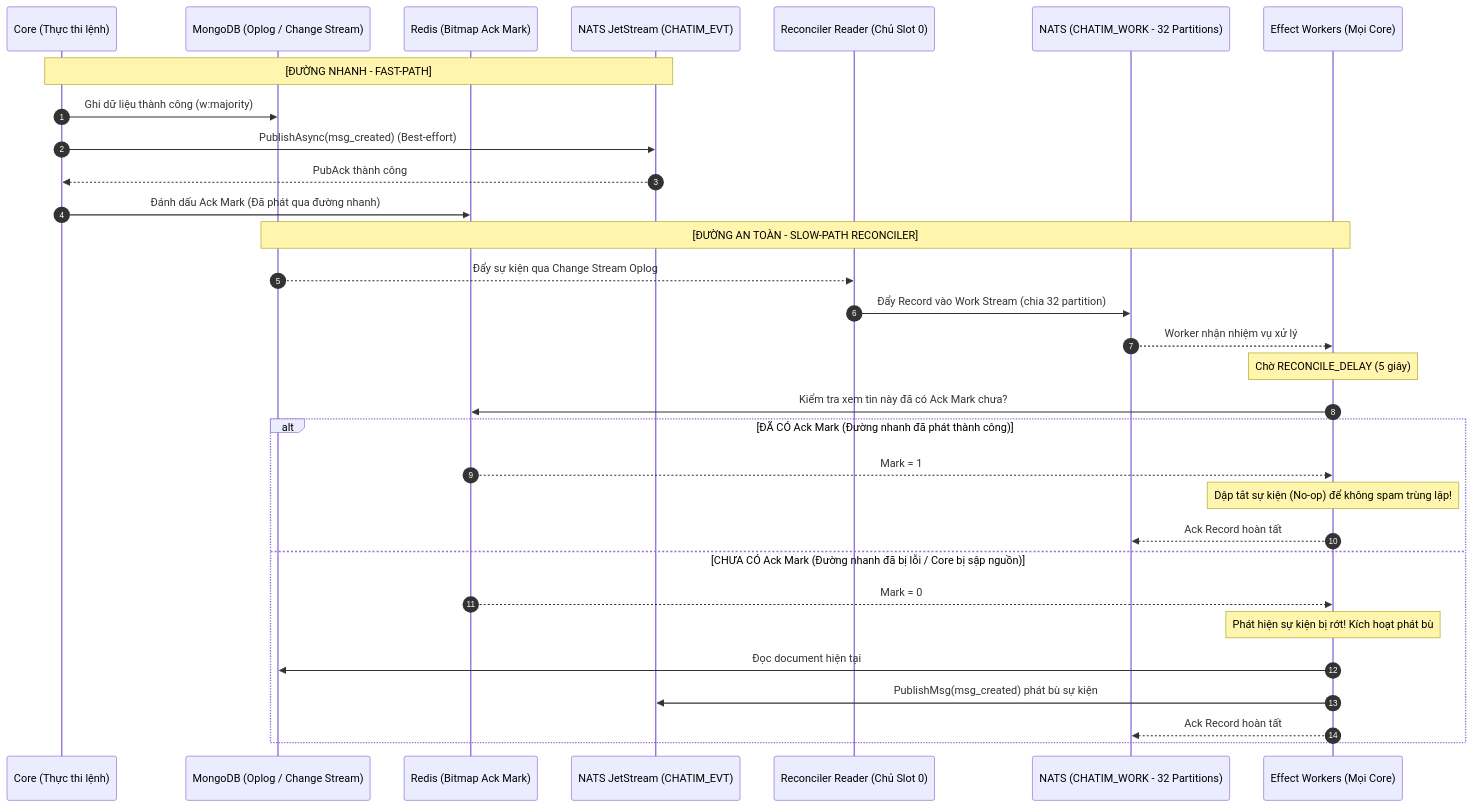
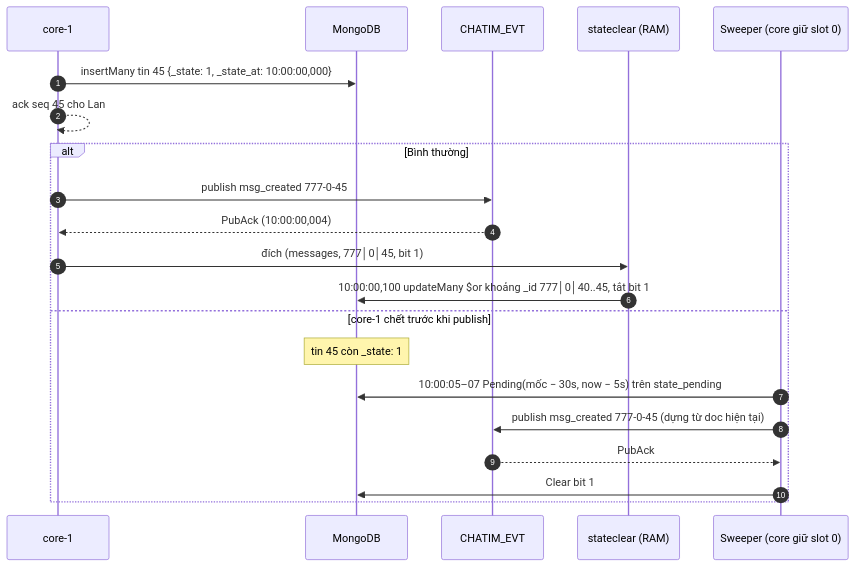
One commit to ivannguyendev/chatim changed the second of 2 diagrams in docs/modules/10-feature-data-reconciliation-and-repair.md. Above: the diagram before and after it, drawn with Mermaid. The commit also changed other lines of this file and 16 other files, not shown here.

````diff
--- a/docs/modules/10-feature-data-reconciliation-and-repair.md
+++ b/docs/modules/10-feature-data-reconciliation-and-repair.md
@@ -56,37 +57,24 @@
 ```mermaid
 sequenceDiagram
     autonumber
-    participant Core as Core (Thực thi lệnh)
-    participant Mongo as MongoDB (Oplog / Change Stream)
-    participant Redis as Redis (Bitmap Ack Mark)
-    participant NATS as NATS JetStream (CHATIM_EVT)
-    participant Slot0 as Reconciler Reader (Chủ Slot 0)
-    participant WorkQ as NATS (CHATIM_WORK - 32 Partitions)
-    participant Worker as Effect Workers (Mọi Core)
+    participant Core as core-1
+    participant Mongo as MongoDB
+    participant NATS as CHATIM_EVT
+    participant Clear as stateclear (RAM)
+    participant Sweep as Sweeper (core giữ slot 0)
 
-    Note over Core,NATS: [ĐƯỜNG NHANH - FAST-PATH]
-    Core->>Mongo: Ghi dữ liệu thành công (w:majority)
-    Core->>NATS: PublishAsync(msg_created) (Best-effort)
-    NATS-->>Core: PubAck thành công
-    Core->>Redis: Đánh dấu Ack Mark (Đã phát qua đường nhanh)
-
-    Note over Mongo,Worker: [ĐƯỜNG AN TOÀN - SLOW-PATH RECONCILER]
-    Mongo-->>Slot0: Đẩy sự kiện qua Change Stream Oplog
-    Slot0->>WorkQ: Đẩy Record vào Work Stream (chia 32 partition)
-    WorkQ-->>Worker: Worker nhận nhiệm vụ xử lý
-
-    Note over Worker: Chờ RECONCILE_DELAY (5 giây)
-    Worker->>Redis: Kiểm tra xem tin này đã có Ack Mark chưa?
-
-    alt ĐÃ CÓ Ack Mark (Đường nhanh đã phát thành công)
-        Redis-->>Worker: Mark = 1
-        Note over Worker: Dập tắt sự kiện (No-op) để không spam trùng lặp!
-        Worker-->>WorkQ: Ack Record hoàn tất
-    else CHƯA CÓ Ack Mark (Đường nhanh đã bị lỗi / Core bị sập nguồn)
-        Redis-->>Worker: Mark = 0
-        Note over Worker: Phát hiện sự kiện bị rớt! Kích hoạt phát bù
-        Worker->>Mongo: Đọc document hiện tại
-        Worker->>NATS: PublishMsg(msg_created) phát bù sự kiện
-        Worker-->>WorkQ: Ack Record hoàn tất
+    Core->>Mongo: insertMany tin 45 {_state: 1, _state_at: 10:00:00,000}
+    Core-->>Core: ack seq 45 cho Lan
+    alt Bình thường
+        Core->>NATS: publish msg_created 777-0-45
+        NATS-->>Core: PubAck (10:00:00,004)
+        Core->>Clear: đích (messages, 777│0│45, bit 1)
+        Clear->>Mongo: 10:00:00,100 updateMany $or khoảng _id 777│0│40..45, tắt bit 1
+    else core-1 chết trước khi publish
+        Note over Mongo: tin 45 còn _state: 1
+        Sweep->>Mongo: 10:00:05–07 Pending(mốc − 30s, now − 5s) trên state_pending
+        Sweep->>NATS: publish msg_created 777-0-45 (dựng từ doc hiện tại)
+        NATS-->>Sweep: PubAck
+        Sweep->>Mongo: Clear bit 1
     end
 ```
````
